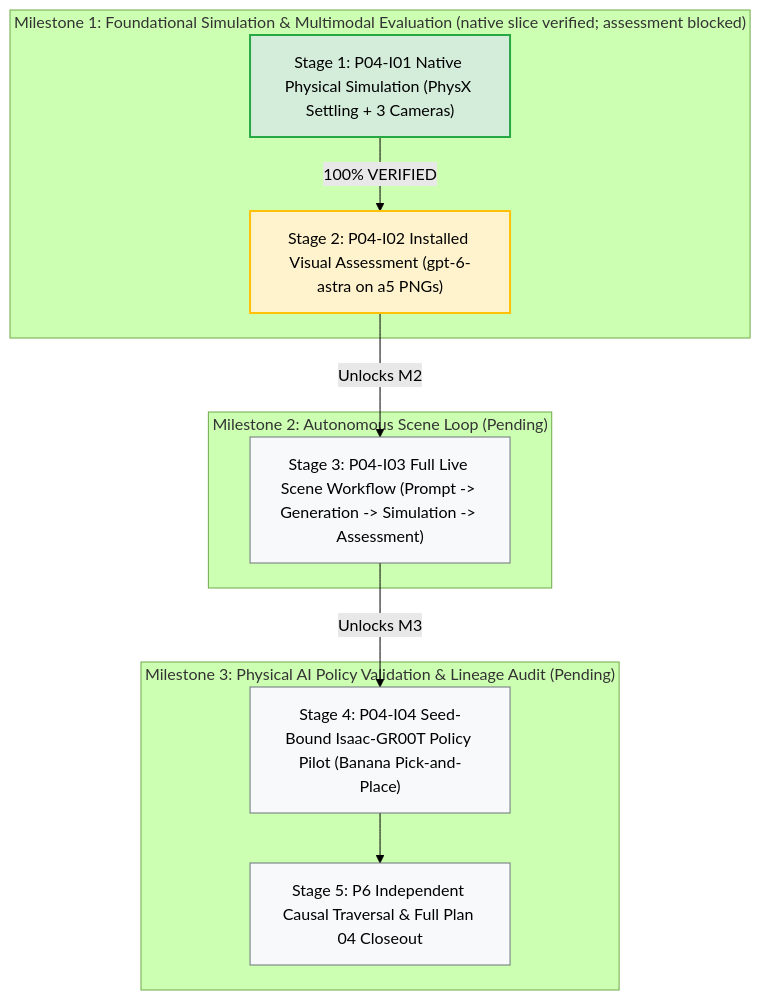
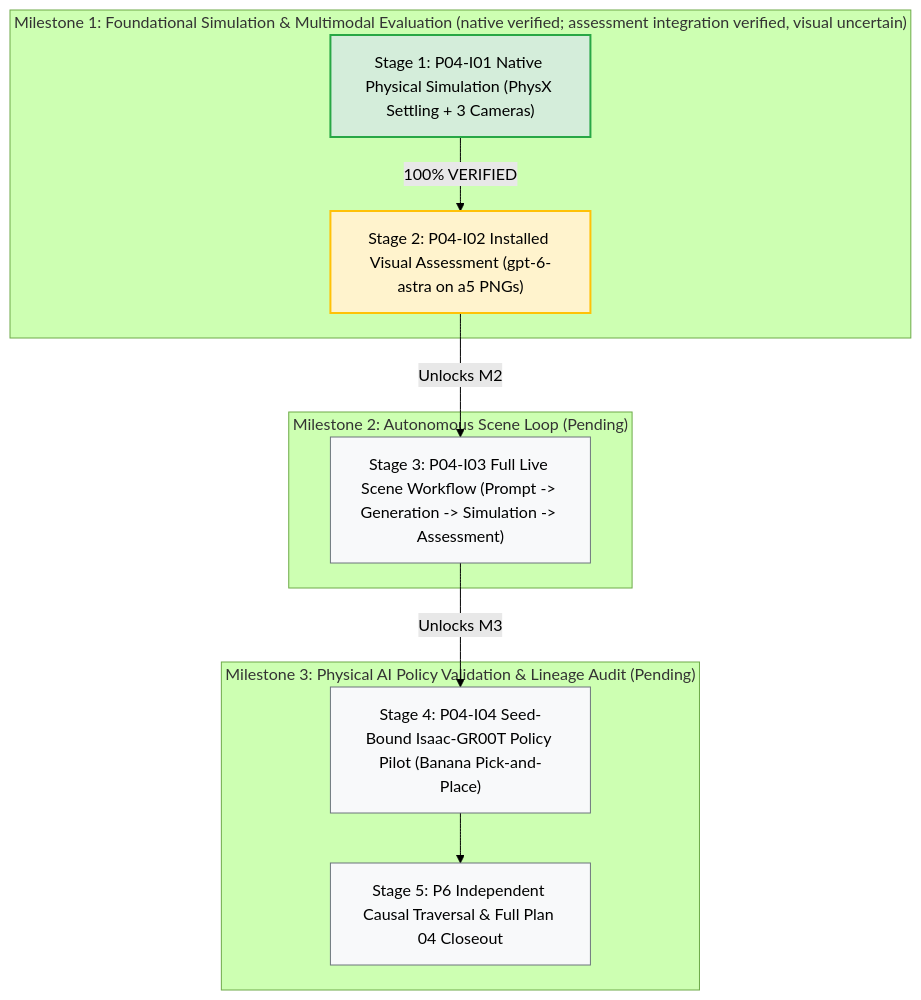
The first of 2 diagrams in .agents/references/plans/plan04_implementation/how-far-to-finish-plan04.md (boredengineering/IsaacLab-Arena), drawn with Mermaid (forest theme) before and after one commit. The commit also changed other lines of this file and 22 other files, not shown here.

````diff
--- a/.agents/references/plans/plan04_implementation/how-far-to-finish-plan04.md
+++ b/.agents/references/plans/plan04_implementation/how-far-to-finish-plan04.md
@@ -32,21 +34,21 @@
 ```mermaid
 flowchart TD
-    subgraph M1["Milestone 1: Foundational Simulation & Multimodal Evaluation (native slice verified; assessment blocked)"]
+    subgraph M1["Milestone 1: Foundational Simulation & Multimodal Evaluation (native verified; assessment integration verified, visual uncertain)"]
         S1["Stage 1: P04-I01 Native Physical Simulation (PhysX Settling + 3 Cameras)"] -->|100% VERIFIED| S2["Stage 2: P04-I02 Installed Visual Assessment (gpt-6-astra on a5 PNGs)"]
     end
 
     subgraph M2["Milestone 2: Autonomous Scene Loop (Pending)"]
         S2 -->|Unlocks M2| S3["Stage 3: P04-I03 Full Live Scene Workflow (Prompt -> Generation -> Simulation -> Assessment)"]
     end
 
     subgraph M3["Milestone 3: Physical AI Policy Validation & Lineage Audit (Pending)"]
         S3 -->|Unlocks M3| S4["Stage 4: P04-I04 Seed-Bound Isaac-GR00T Policy Pilot (Banana Pick-and-Place)"]
         S4 --> S5["Stage 5: P6 Independent Causal Traversal & Full Plan 04 Closeout"]
     end
 
     style S1 fill:#d4edda,stroke:#28a745,stroke-width:2px;
     style S2 fill:#fff3cd,stroke:#ffc107,stroke-width:2px;
     style S3 fill:#f8f9fa,stroke:#6c757d,stroke-width:1px;
     style S4 fill:#f8f9fa,stroke:#6c757d,stroke-width:1px;
     style S5 fill:#f8f9fa,stroke:#6c757d,stroke-width:1px;
 ```
````
